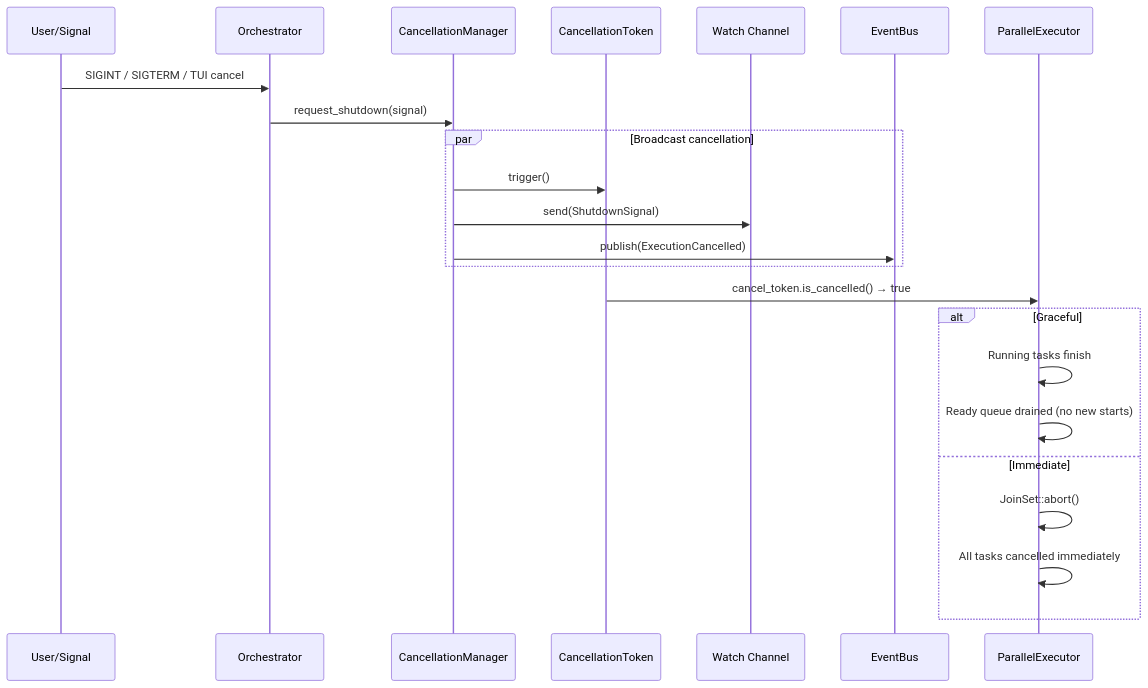
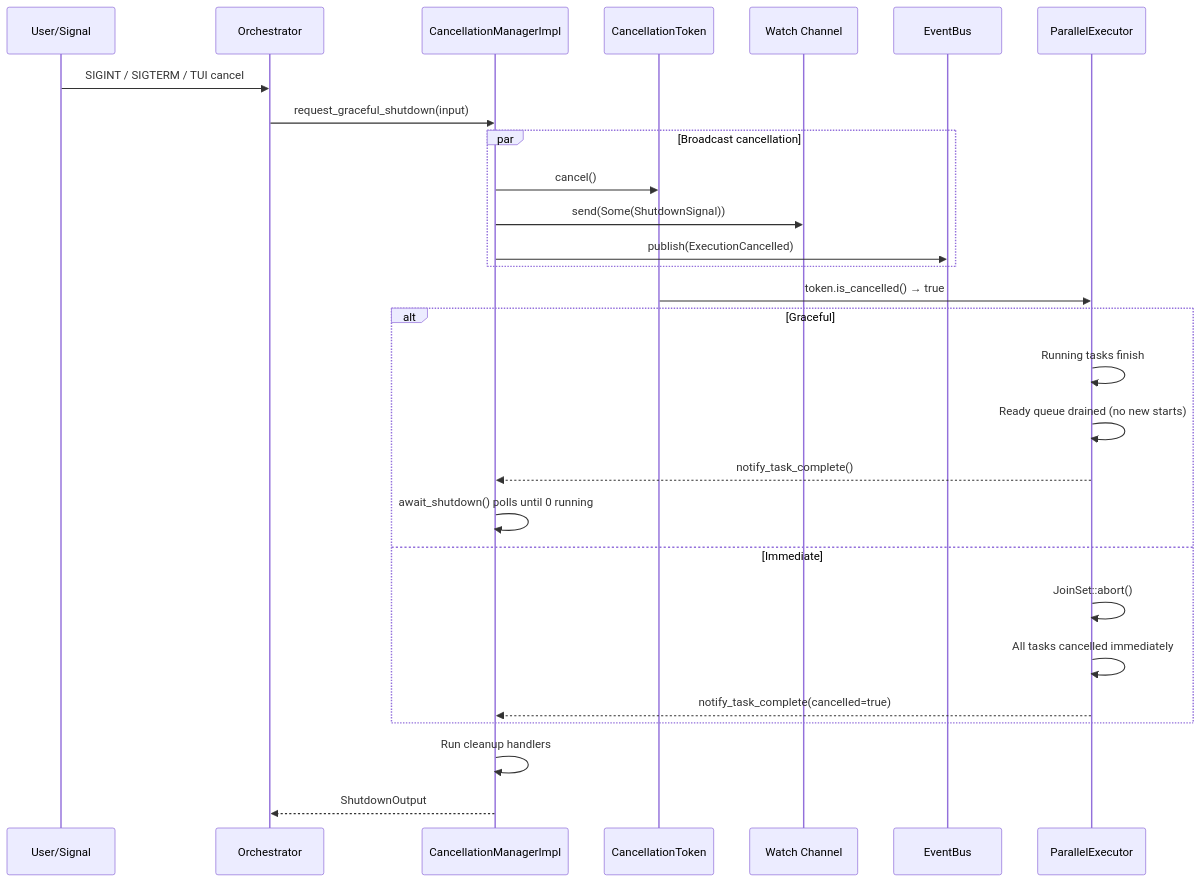
One commit to arman-jalili/rigorix-oss changed the diagram in engine/.pi/architecture/modules/cancellation.md. Above: the diagram before and after it, drawn with Mermaid. The commit also changed other lines of this file and 2 other files, not shown here.

First line of the commit message:
feat(cancellation): architecture readiness — runbook, DR plan, doc sync

````diff
--- a/engine/.pi/architecture/modules/cancellation.md
+++ b/engine/.pi/architecture/modules/cancellation.md
@@ -64,29 +117,35 @@
 ```mermaid
 sequenceDiagram
     participant User as User/Signal
     participant O as Orchestrator
-    participant CM as CancellationManager
+    participant CM as CancellationManagerImpl
     participant CT as CancellationToken
     participant WC as Watch Channel
     participant EB as EventBus
     participant EX as ParallelExecutor
     
     User->>O: SIGINT / SIGTERM / TUI cancel
-    O->>CM: request_shutdown(signal)
+    O->>CM: request_graceful_shutdown(input)
     
     par Broadcast cancellation
-        CM->>CT: trigger()
-        CM->>WC: send(ShutdownSignal)
+        CM->>CT: cancel()
+        CM->>WC: send(Some(ShutdownSignal))
         CM->>EB: publish(ExecutionCancelled)
     end
     
-    CT->>EX: cancel_token.is_cancelled() → true
+    CT->>EX: token.is_cancelled() → true
     
     alt Graceful
         EX->>EX: Running tasks finish
         EX->>EX: Ready queue drained (no new starts)
+        EX-->>CM: notify_task_complete()
+        CM->>CM: await_shutdown() polls until 0 running
     else Immediate
         EX->>EX: JoinSet::abort()
         EX->>EX: All tasks cancelled immediately
+        EX-->>CM: notify_task_complete(cancelled=true)
     end
+    
+    CM->>CM: Run cleanup handlers
+    CM-->>O: ShutdownOutput
 ```
````
